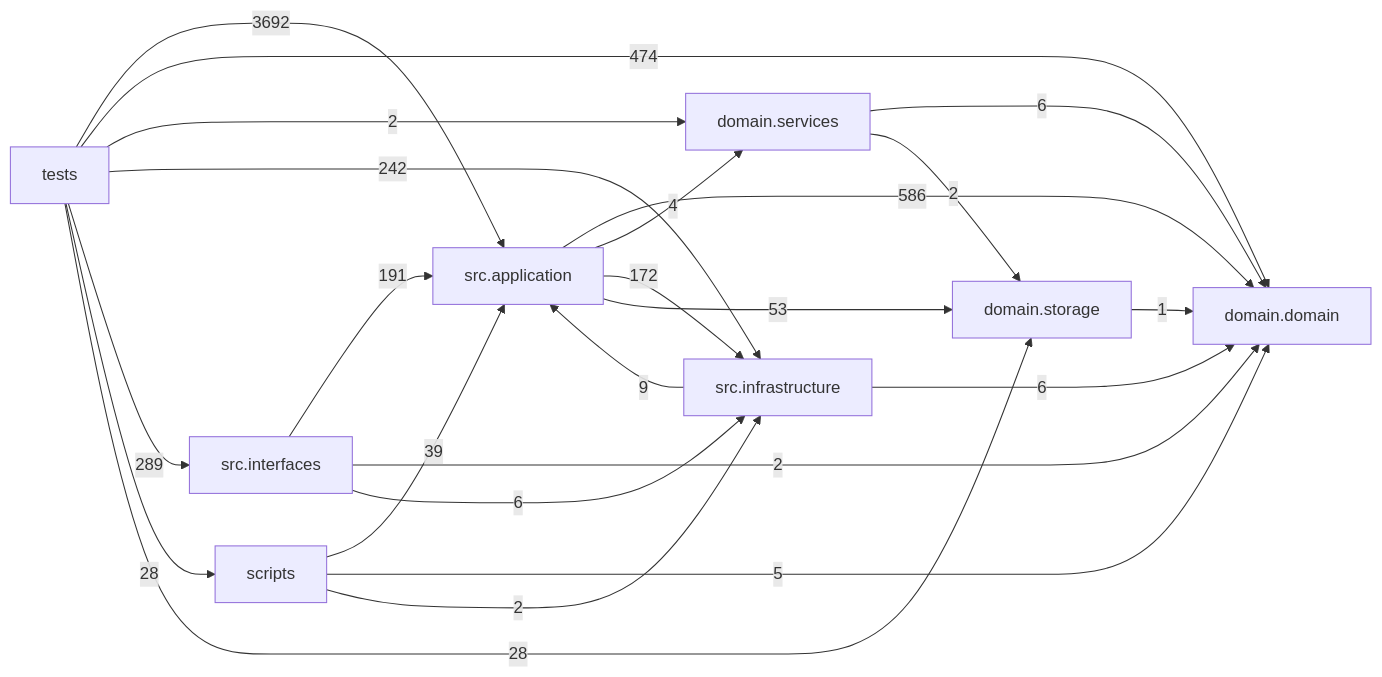
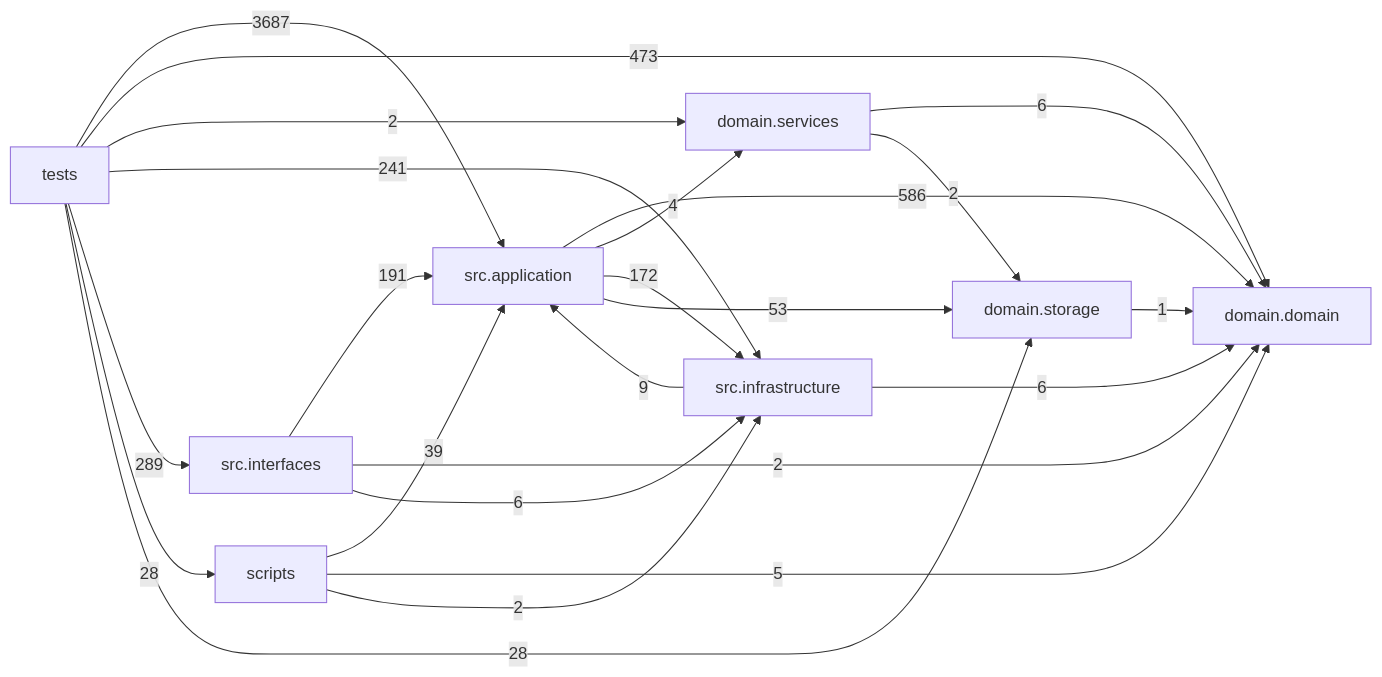
Before and after one commit to liuxie066/options-monitor: the diagram in docs/DEPENDENCY_GRAPH.md, drawn with Mermaid. The commit also changed other lines of this file and 5 other files, not shown here.

````diff
--- a/docs/DEPENDENCY_GRAPH.md
+++ b/docs/DEPENDENCY_GRAPH.md
@@ -24,33 +24,33 @@
 ```mermaid
 flowchart LR
   tests["tests"]
   scripts["scripts"]
   interfaces["src.interfaces"]
   application["src.application"]
   infrastructure["src.infrastructure"]
   domain_services["domain.services"]
   domain["domain.domain"]
   storage["domain.storage"]
   application -->|586| domain
   application -->|4| domain_services
   application -->|172| infrastructure
   application -->|53| storage
   domain_services -->|6| domain
   domain_services -->|2| storage
   infrastructure -->|9| application
   infrastructure -->|6| domain
   interfaces -->|191| application
   interfaces -->|2| domain
   interfaces -->|6| infrastructure
   scripts -->|39| application
   scripts -->|5| domain
   scripts -->|2| infrastructure
   storage -->|1| domain
-  tests -->|3692| application
-  tests -->|474| domain
+  tests -->|3687| application
+  tests -->|473| domain
   tests -->|2| domain_services
-  tests -->|242| infrastructure
+  tests -->|241| infrastructure
   tests -->|289| interfaces
   tests -->|28| scripts
   tests -->|28| storage
 ```
````
